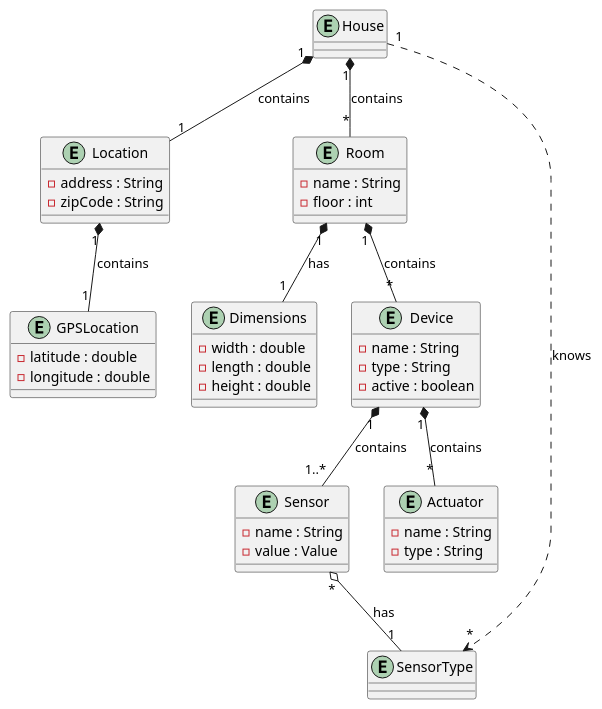
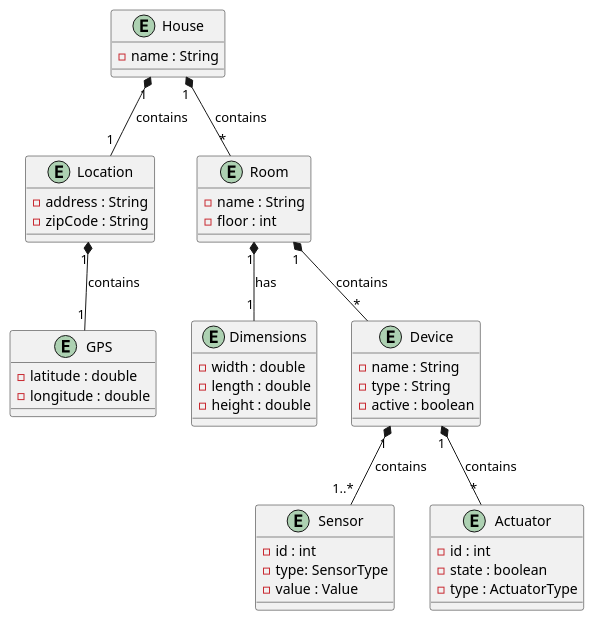
The diagram in projetoIntermedio/docs/domain/Domain.puml (ozepedrorodrigues/projetoIntermedio), drawn with PlantUML before and after one commit. The commit also changed 20 other files, not shown here.

Commit message:
diagram update (general class diagram to be updated, sequence diagrams to be reviewed and UC class diagrams to be updated)

```diff
--- a/projetoIntermedio/docs/domain/Domain.puml
+++ b/projetoIntermedio/docs/domain/Domain.puml
@@ -1,57 +1,56 @@
 @startuml
 
 entity House {
+- name : String
 }
 
 entity Location {
 - address : String
 - zipCode : String
 }
 
-entity GPSLocation {
+entity GPS {
 - latitude : double
 - longitude : double
 }
 
 entity Room {
 - name : String
 - floor : int
 }
 
 entity Dimensions {
 - width : double
 - length : double
 - height : double
 }
 
 entity Device {
 - name : String
 - type : String
 - active : boolean
 }
 
 entity Sensor {
-- name : String
+- id : int
+- type: SensorType
 - value : Value
 }
 
 entity Actuator {
-- name : String
-- type : String
+- id : int
+- state : boolean
+- type : ActuatorType
 }
 
-entity SensorType {
-}
 
 House "1" *-- "*" Room : contains
 House "1" *-- "1" Location : contains
-House "1" ..> "*" SensorType : knows
-Location "1" *-- "1" GPSLocation : contains
+Location "1" *-- "1" GPS : contains
 Room "1" *-- "*" Device : contains
 Room "1" *-- "1" Dimensions : has
 Device "1" *-- "1..*" Sensor :  contains
 Device "1" *-- "*" Actuator : contains
-Sensor "*" o-- "1" SensorType : has
 
 
 @enduml
```
